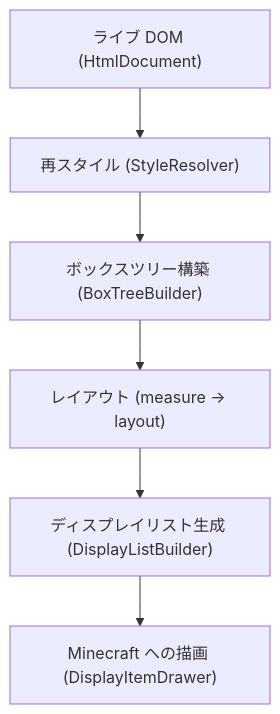
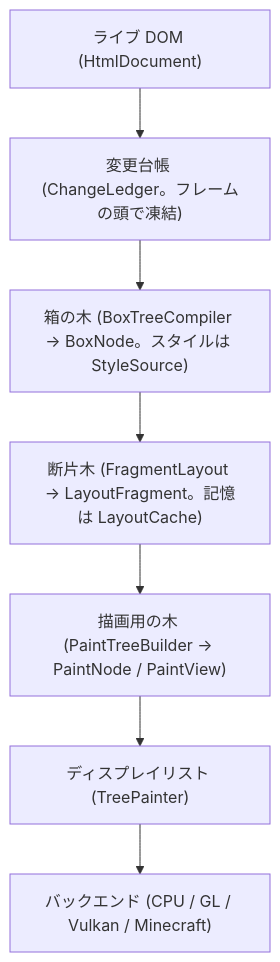
The second of 2 diagrams in ARCHITECTURE.md (nishiyu24/EnderFrameLib), drawn with Mermaid before and after one commit. The commit also changed other lines of this file and 334 other files, not shown here.

````diff
--- a/ARCHITECTURE.md
+++ b/ARCHITECTURE.md
@@ -197,8 +199,9 @@
 ```mermaid
 flowchart TD
-    DOM["ライブ DOM (HtmlDocument)"] --> Restyle["再スタイル (StyleResolver)"]
-    Restyle --> BoxTree["ボックスツリー構築 (BoxTreeBuilder)"]
-    BoxTree --> Layout["レイアウト (measure → layout)"]
-    Layout --> DisplayList["ディスプレイリスト生成 (DisplayListBuilder)"]
-    DisplayList --> Drawer["Minecraft への描画 (DisplayItemDrawer)"]
+    DOM["ライブ DOM (HtmlDocument)"] --> Ledger["変更台帳 (ChangeLedger。フレームの頭で凍結)"]
+    Ledger --> BoxTree["箱の木 (BoxTreeCompiler → BoxNode。スタイルは StyleSource)"]
+    BoxTree --> Layout["断片木 (FragmentLayout → LayoutFragment。記憶は LayoutCache)"]
+    Layout --> PaintTree["描画用の木 (PaintTreeBuilder → PaintNode / PaintView)"]
+    PaintTree --> DisplayList["ディスプレイリスト (TreePainter)"]
+    DisplayList --> Drawer["バックエンド (CPU / GL / Vulkan / Minecraft)"]
 ```
````
